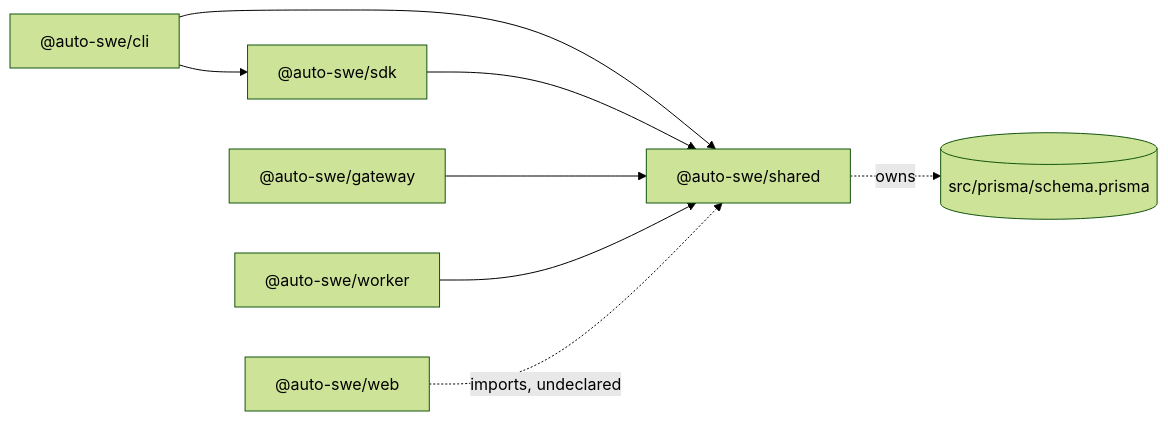
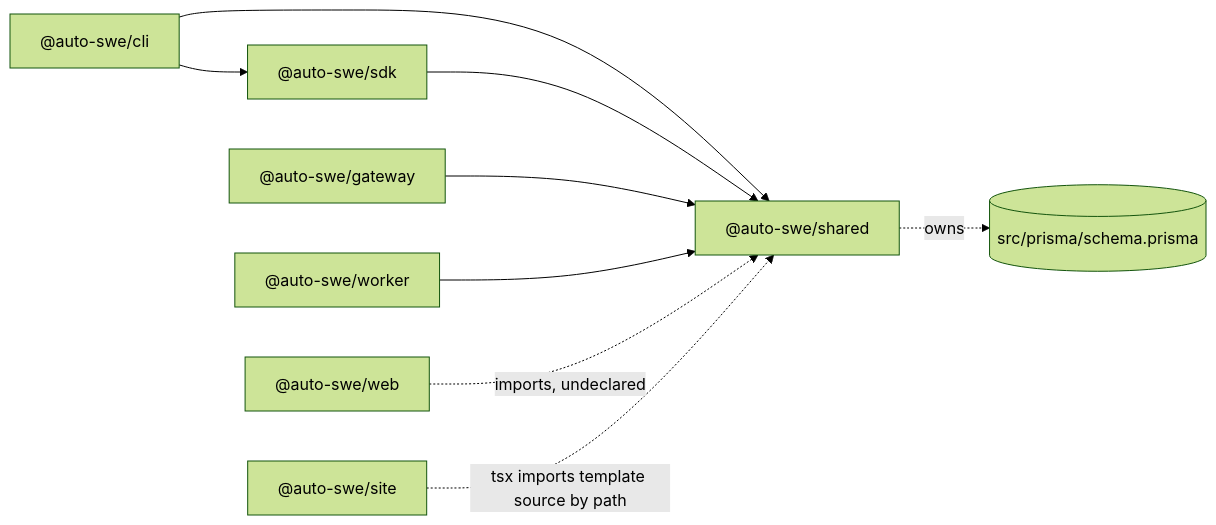
The first of 3 diagrams in wiki/1-repository-structure.md (yorch/auto-swe), drawn with Mermaid (forest theme) before and after one commit. The commit also changed other lines of this file and 12 other files, not shown here.

````diff
--- a/wiki/1-repository-structure.md
+++ b/wiki/1-repository-structure.md
@@ -41,11 +50,12 @@
 ```mermaid
 flowchart LR
     cli["@auto-swe/cli"] --> sdk["@auto-swe/sdk"]
     cli --> shared["@auto-swe/shared"]
     sdk --> shared
     gateway["@auto-swe/gateway"] --> shared
     worker["@auto-swe/worker"] --> shared
     web["@auto-swe/web"] -. "imports, undeclared" .-> shared
+    site["@auto-swe/site"] -. "tsx imports template source by path" .-> shared
 
     shared -.owns.-> schema[("src/prisma/schema.prisma")]
 ```
````
